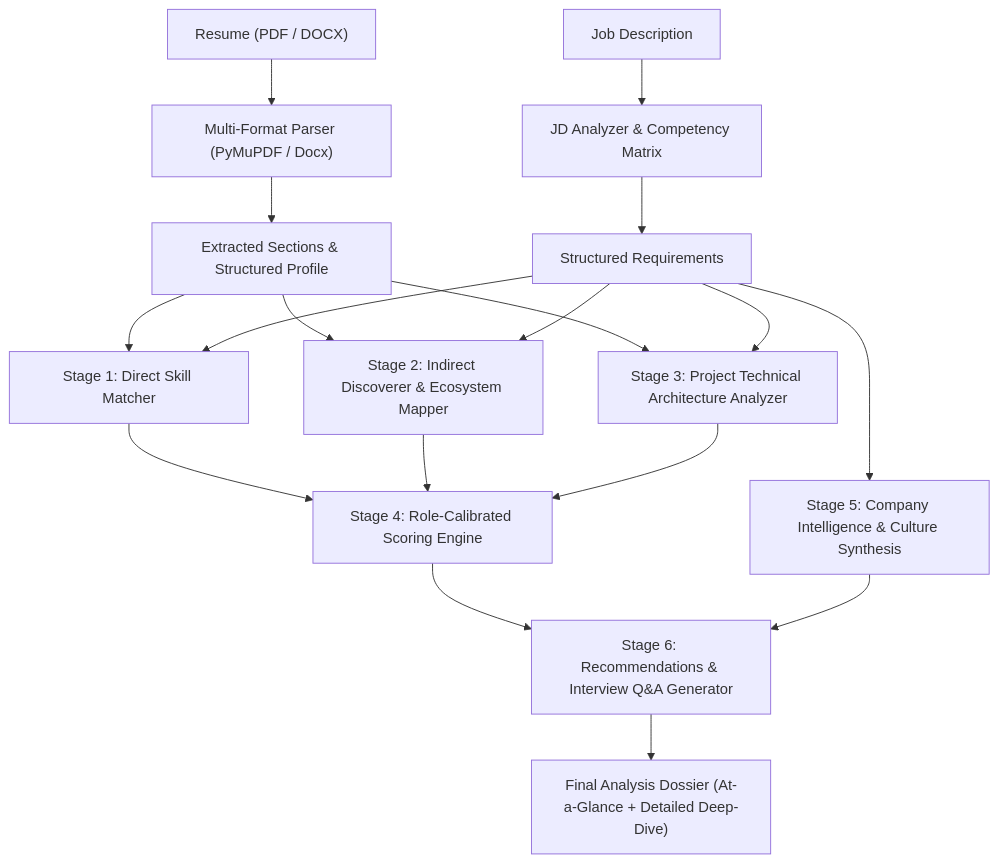
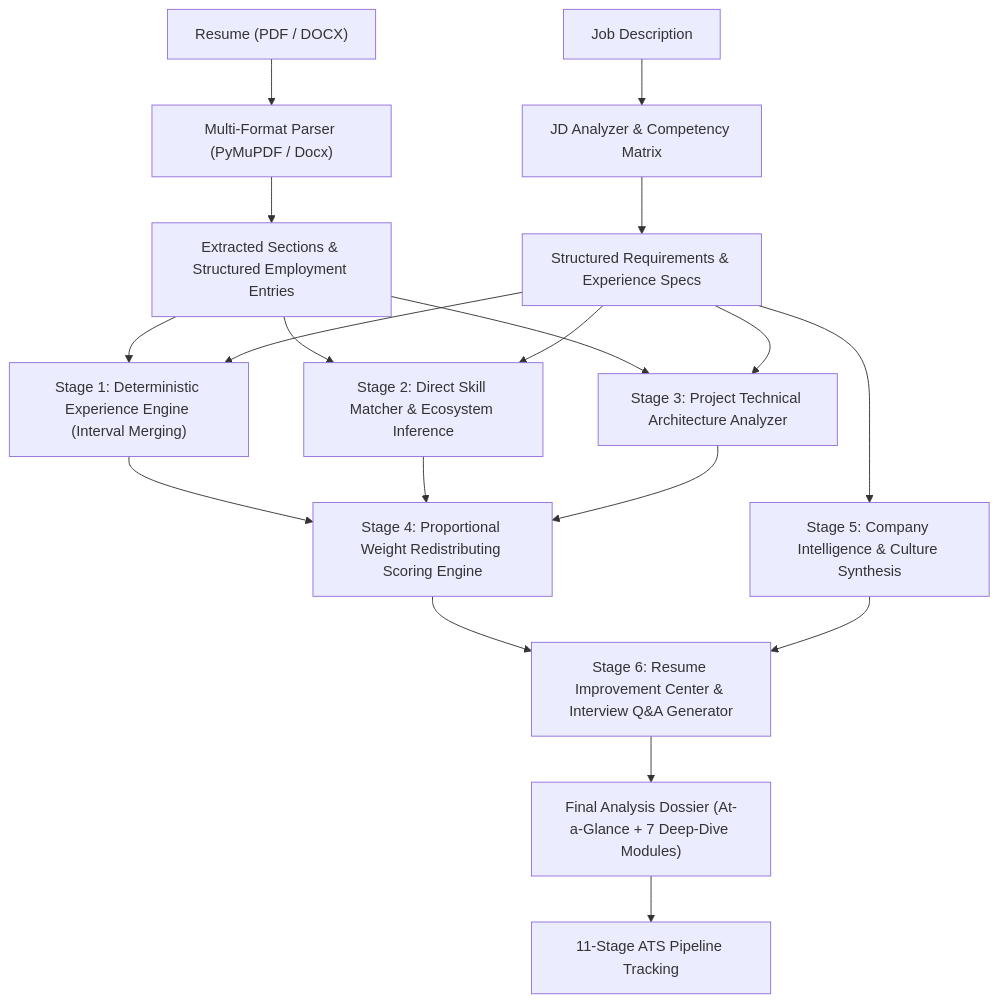
One commit to Bilal-x/resume-analyser changed the diagram in README.md. Above: the diagram before and after it, drawn with Mermaid. The commit also changed other lines of this file and 18 other files, not shown here.

Commit message:
feat: experience intelligence engine, ATS candidate pipeline, and resume improvement center (task4)

````diff
--- a/README.md
+++ b/README.md
@@ -81,18 +91,19 @@
 ```mermaid
 flowchart TD
     A["Resume (PDF / DOCX)"] --> B["Multi-Format Parser (PyMuPDF / Docx)"]
     C["Job Description"] --> D["JD Analyzer & Competency Matrix"]
     
-    B --> E["Extracted Sections & Structured Profile"]
-    D --> F["Structured Requirements"]
+    B --> E["Extracted Sections & Structured Employment Entries"]
+    D --> F["Structured Requirements & Experience Specs"]
     
-    E & F --> G["Stage 1: Direct Skill Matcher"]
-    E & F --> H["Stage 2: Indirect Discoverer & Ecosystem Mapper"]
+    E & F --> G["Stage 1: Deterministic Experience Engine (Interval Merging)"]
+    E & F --> H["Stage 2: Direct Skill Matcher & Ecosystem Inference"]
     E & F --> I["Stage 3: Project Technical Architecture Analyzer"]
     
-    G & H & I --> J["Stage 4: Role-Calibrated Scoring Engine"]
+    G & H & I --> J["Stage 4: Proportional Weight Redistributing Scoring Engine"]
     F --> K["Stage 5: Company Intelligence & Culture Synthesis"]
     
-    J & K --> L["Stage 6: Recommendations & Interview Q&A Generator"]
-    L --> M["Final Analysis Dossier (At-a-Glance + Detailed Deep-Dive)"]
+    J & K --> L["Stage 6: Resume Improvement Center & Interview Q&A Generator"]
+    L --> M["Final Analysis Dossier (At-a-Glance + 7 Deep-Dive Modules)"]
+    M --> N["11-Stage ATS Pipeline Tracking"]
 ```
````
